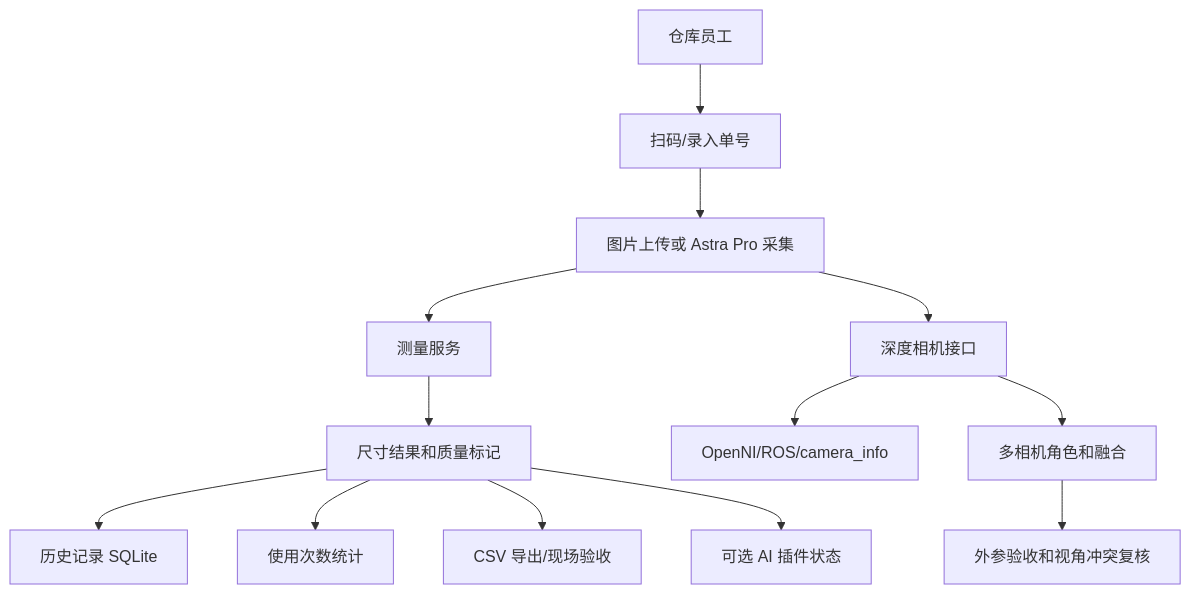
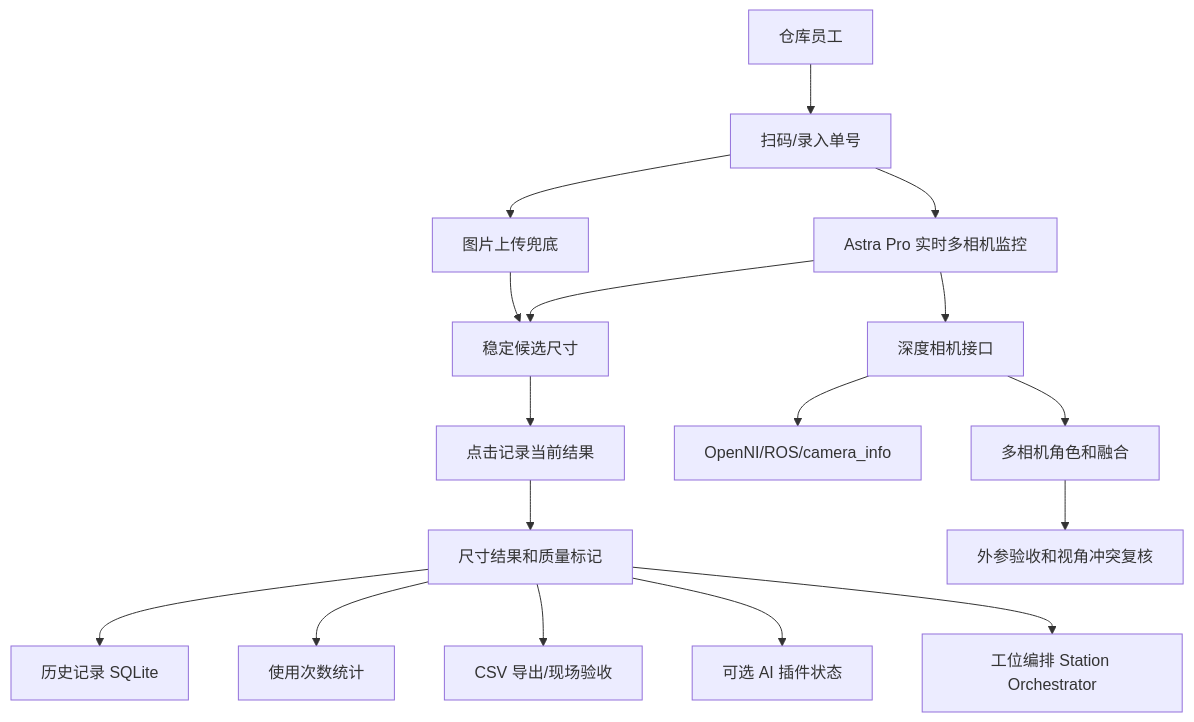
The diagram in README.md (BilibiliSZdaomei/packvision), drawn with Mermaid before and after one commit. The commit also changed other lines of this file and 13 other files, not shown here.

Commit message:
feat: add multi-camera station monitor

````diff
--- a/README.md
+++ b/README.md
@@ -260,15 +261,19 @@
 ```mermaid
 flowchart TD
   A["仓库员工"] --> B["扫码/录入单号"]
-  B --> C["图片上传或 Astra Pro 采集"]
-  C --> D["测量服务"]
-  D --> E["尺寸结果和质量标记"]
-  E --> F["历史记录 SQLite"]
-  E --> G["使用次数统计"]
-  E --> H["CSV 导出/现场验收"]
-  C --> I["深度相机接口"]
-  I --> J["OpenNI/ROS/camera_info"]
-  I --> K["多相机角色和融合"]
-  E --> L["可选 AI 插件状态"]
-  K --> M["外参验收和视角冲突复核"]
+  B --> C["Astra Pro 实时多相机监控"]
+  C --> D["稳定候选尺寸"]
+  D --> E["点击记录当前结果"]
+  B --> P["图片上传兜底"]
+  P --> D
+  E --> F["尺寸结果和质量标记"]
+  F --> G["历史记录 SQLite"]
+  F --> H["使用次数统计"]
+  F --> I["CSV 导出/现场验收"]
+  C --> J["深度相机接口"]
+  J --> K["OpenNI/ROS/camera_info"]
+  J --> L["多相机角色和融合"]
+  F --> M["可选 AI 插件状态"]
+  L --> N["外参验收和视角冲突复核"]
+  F --> O["工位编排 Station Orchestrator"]
 ```
````
